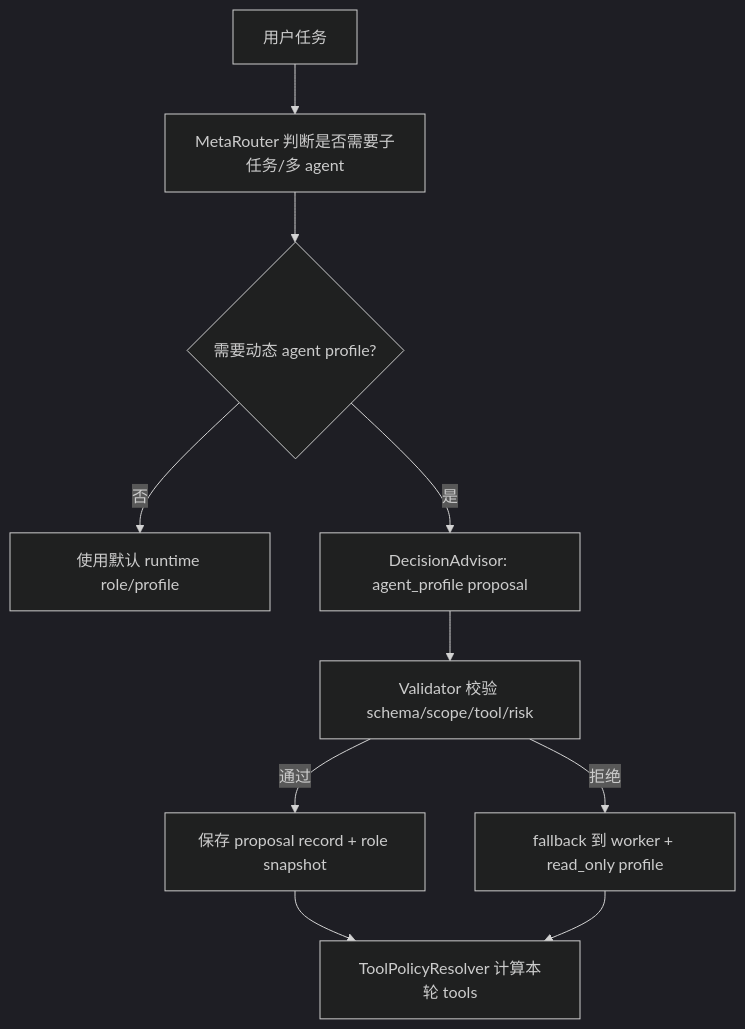
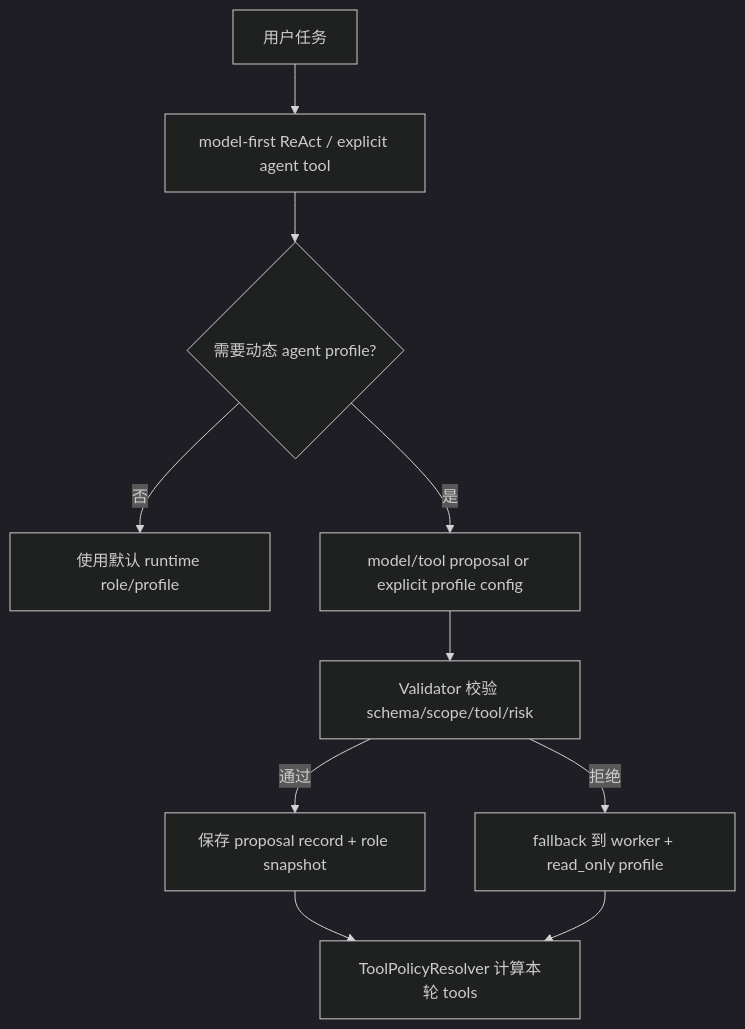
Before and after one commit to sunhy339/yuanbao_agent: the seventh of 12 diagrams in docs/YUANBAO_AGENT_DOCS_CONSOLIDATED.md, drawn with Mermaid (dark theme). The commit also changed other lines of this file and 16 other files, not shown here.

````diff
--- a/docs/YUANBAO_AGENT_DOCS_CONSOLIDATED.md
+++ b/docs/YUANBAO_AGENT_DOCS_CONSOLIDATED.md
@@ -552,12 +560,12 @@
 ```mermaid
 flowchart TD
-  U["用户任务"] --> R["MetaRouter 判断是否需要子任务/多 agent"]
-  R --> A{"需要动态 agent profile?"}
+  U["用户任务"] --> M["model-first ReAct / explicit agent tool"]
+  M --> A{"需要动态 agent profile?"}
   A -->|否| D["使用默认 runtime role/profile"]
-  A -->|是| L["DecisionAdvisor: agent_profile proposal"]
+  A -->|是| L["model/tool proposal or explicit profile config"]
   L --> V["Validator 校验 schema/scope/tool/risk"]
   V -->|通过| S["保存 proposal record + role snapshot"]
   V -->|拒绝| F["fallback 到 worker + read_only profile"]
   S --> T["ToolPolicyResolver 计算本轮 tools"]
   F --> T
 ```
````
